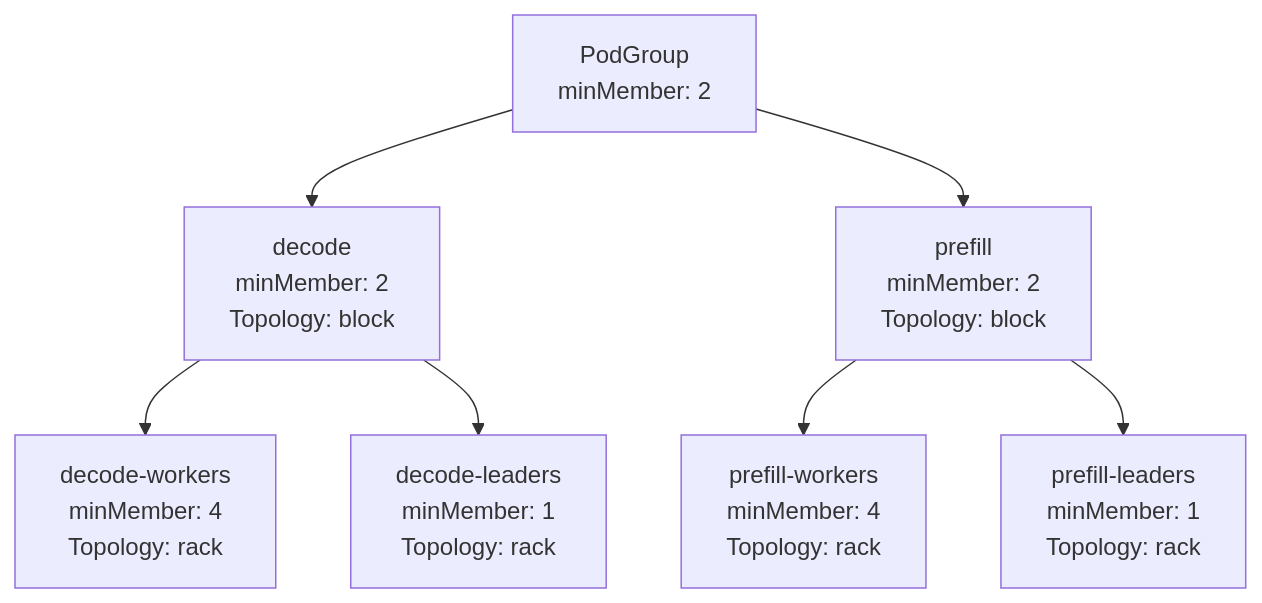
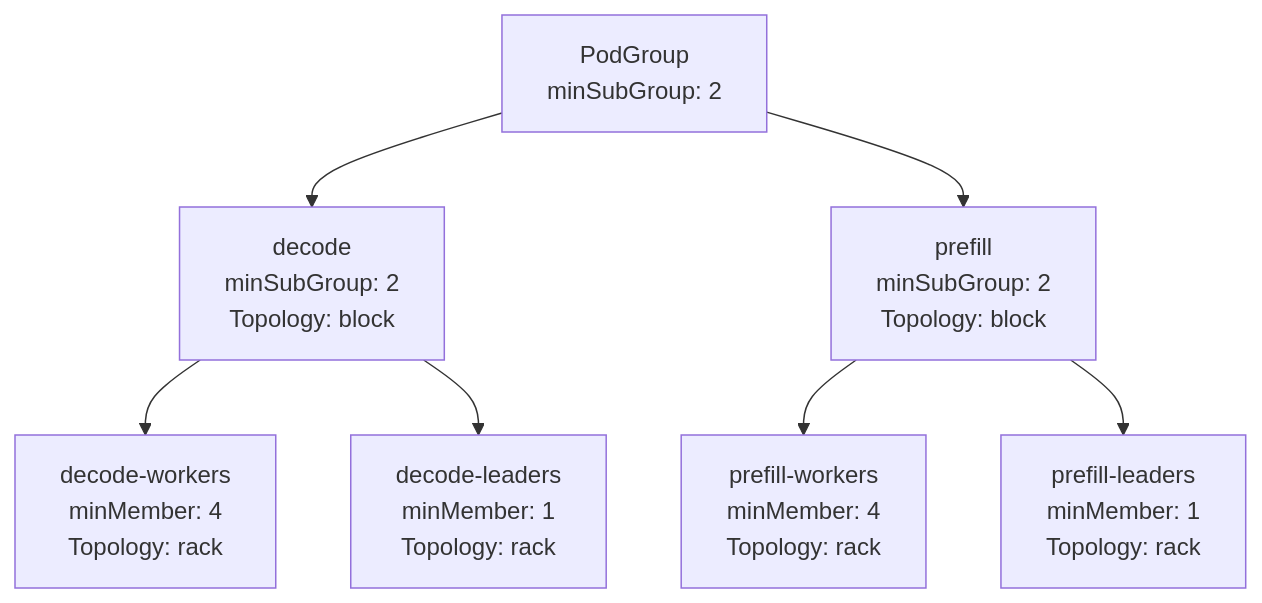
One commit to kai-scheduler/KAI-Scheduler changed the second of 4 diagrams in docs/developer/designs/hierarchical-podgroup/README.md. Above: the diagram before and after it, drawn with Mermaid. The commit also changed other lines of this file and 6 other files, not shown here.

Commit message:
Update kai docs for minSubGroups

````diff
--- a/docs/developer/designs/hierarchical-podgroup/README.md
+++ b/docs/developer/designs/hierarchical-podgroup/README.md
@@ -190,20 +183,20 @@
 ```mermaid
 graph TD
-    PG[PodGroup<br>minMember: 2]
+    PG[PodGroup<br>minSubGroup: 2]
 
-    Decode[decode<br>minMember: 2<br>Topology: block]
+    Decode[decode<br>minSubGroup: 2<br>Topology: block]
     DecodeWorkers[decode-workers<br>minMember: 4<br>Topology: rack]
     DecodeLeaders[decode-leaders<br>minMember: 1<br>Topology: rack]
 
-    Prefill[prefill<br>minMember: 2<br>Topology: block]
+    Prefill[prefill<br>minSubGroup: 2<br>Topology: block]
     PrefillWorkers[prefill-workers<br>minMember: 4<br>Topology: rack]
     PrefillLeaders[prefill-leaders<br>minMember: 1<br>Topology: rack]
 
     PG --> Decode
     Decode --> DecodeWorkers
     Decode --> DecodeLeaders
 
     PG --> Prefill
     Prefill --> PrefillWorkers
     Prefill --> PrefillLeaders
 ```
````
